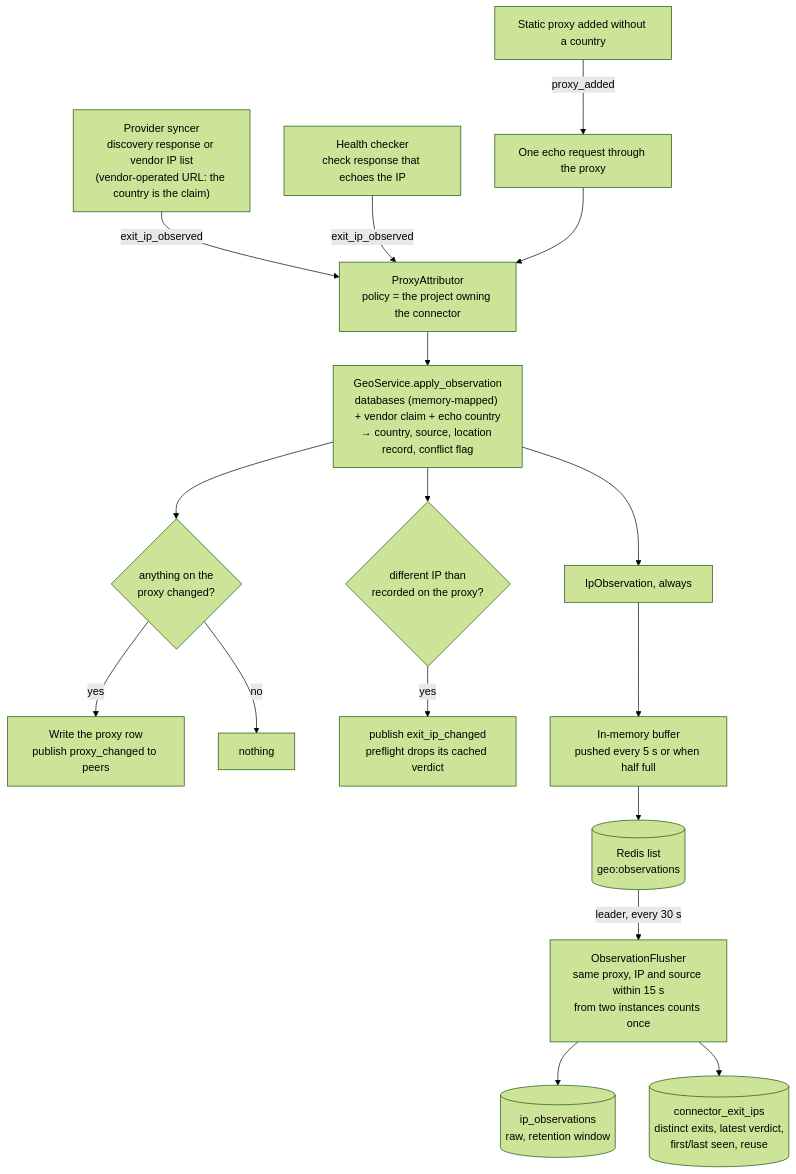
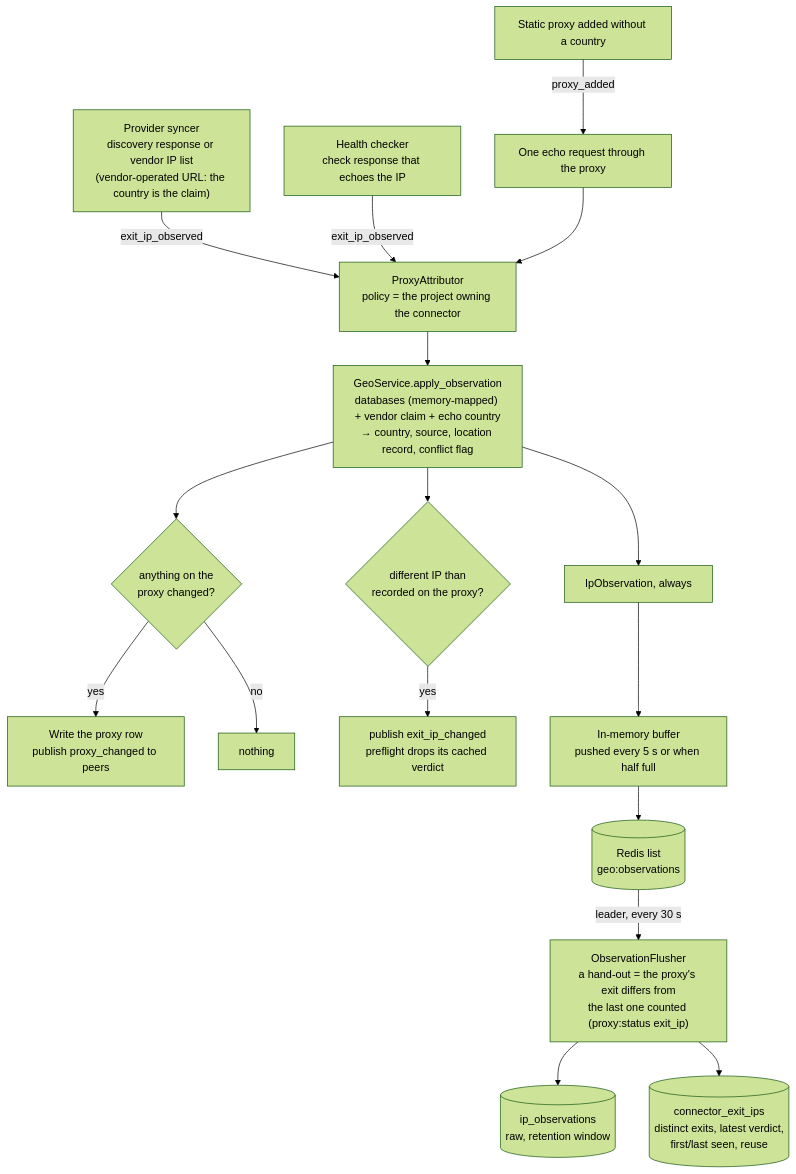
Before and after one commit to octoprox/octoprox: the first of 4 diagrams in docs/ip-attribution.md, drawn with Mermaid (forest theme). The commit also changed other lines of this file and 14 other files, not shown here.

````diff
--- a/docs/ip-attribution.md
+++ b/docs/ip-attribution.md
@@ -25,19 +25,19 @@
 ```mermaid
 flowchart TD
     syncer["Provider syncer<br/>discovery response or vendor IP list<br/>(vendor-operated URL: the country is the claim)"] -->|exit_ip_observed| attributor
     hc["Health checker<br/>check response that echoes the IP"] -->|exit_ip_observed| attributor
     added["Static proxy added without a country"] -->|proxy_added| echo1["One echo request through the proxy"] --> attributor
     attributor["ProxyAttributor<br/>policy = the project owning the connector"] --> resolve
     resolve["GeoService.apply_observation<br/>databases (memory-mapped) + vendor claim + echo country<br/>→ country, source, location record, conflict flag"]
     resolve --> changed{"anything on the<br/>proxy changed?"}
     changed -->|yes| write["Write the proxy row<br/>publish proxy_changed to peers"]
     changed -->|no| nothing["nothing"]
     resolve --> moved{"different IP than<br/>recorded on the proxy?"}
     moved -->|yes| drop["publish exit_ip_changed<br/>preflight drops its cached verdict"]
     resolve --> obs["IpObservation, always"]
     obs --> buffer["In-memory buffer<br/>pushed every 5 s or when half full"]
     buffer --> redis[("Redis list<br/>geo:observations")]
-    redis -->|leader, every 30 s| flusher["ObservationFlusher<br/>same proxy, IP and source within 15 s<br/>from two instances counts once"]
+    redis -->|leader, every 30 s| flusher["ObservationFlusher<br/>a hand-out = the proxy's exit differs from<br/>the last one counted (proxy:status exit_ip)"]
     flusher --> raw[("ip_observations<br/>raw, retention window")]
     flusher --> exits[("connector_exit_ips<br/>distinct exits, latest verdict,<br/>first/last seen, reuse")]
 ```
````
